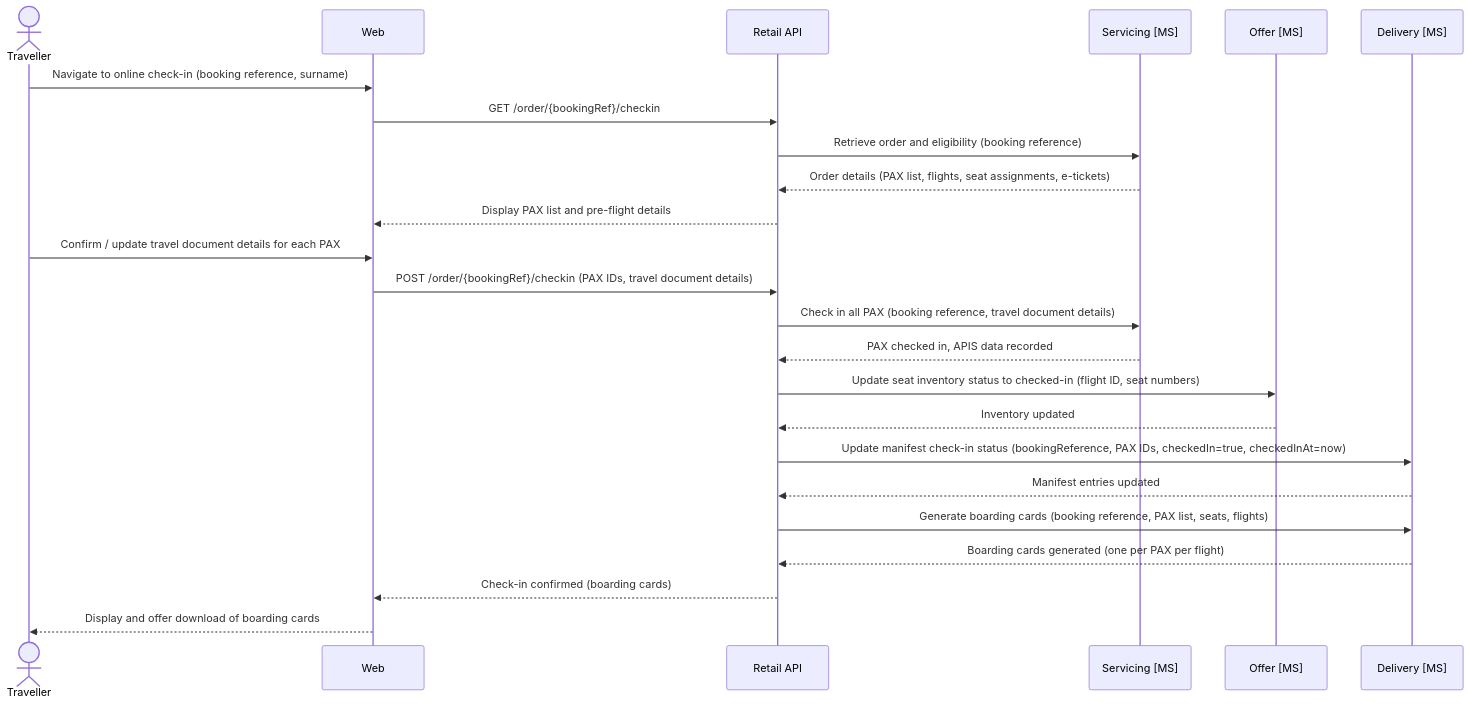
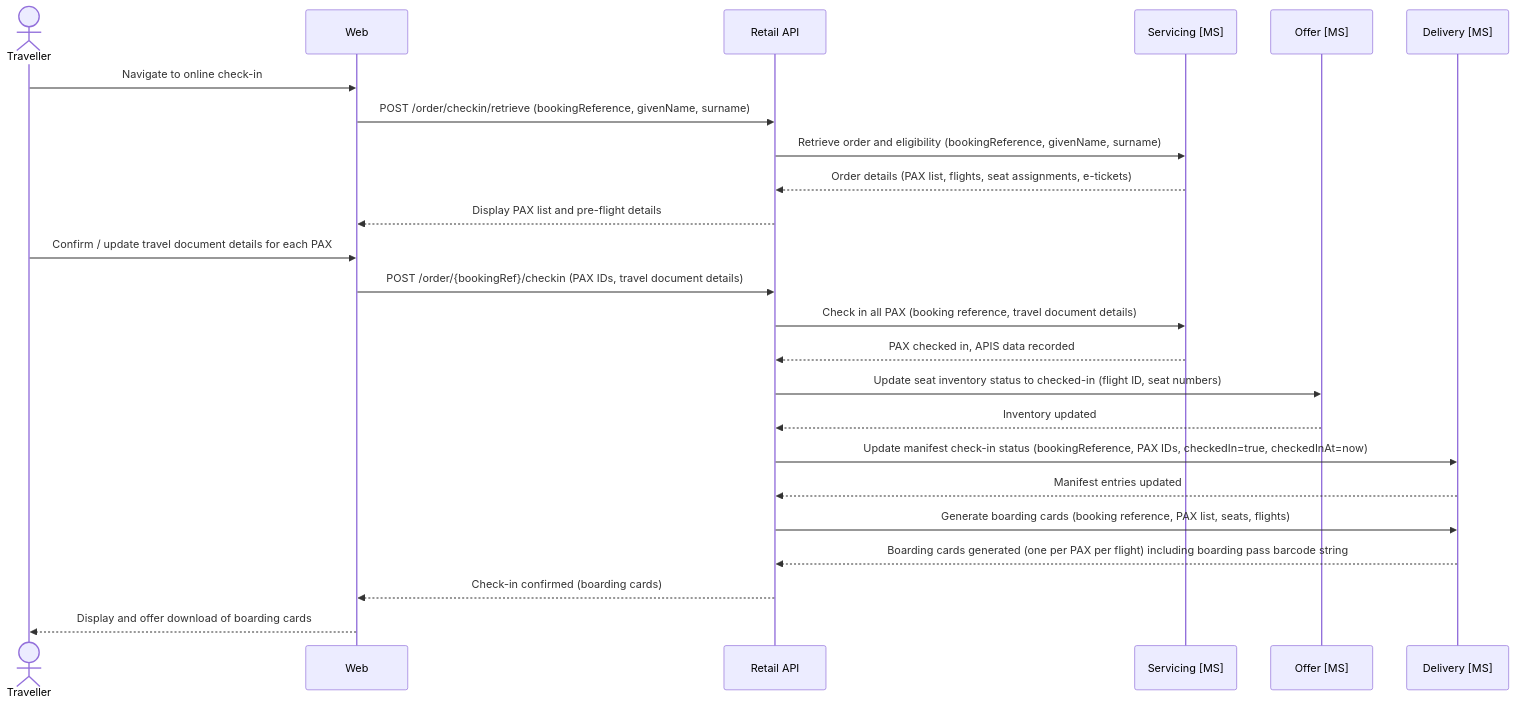
The sixth of 7 diagrams in architecture/design.md (sebharvey/airline-reservation-system), drawn with Mermaid before and after one commit. The commit also changed other lines of this file, not shown here.

````diff
--- a/architecture/design.md
+++ b/architecture/design.md
@@ -588,35 +596,35 @@
 ```mermaid
 sequenceDiagram
     actor Traveller
     participant Web
     participant RetailAPI as Retail API
     participant ServicingMS as Servicing [MS]
     participant OfferMS as Offer [MS]
     participant DeliveryMS as Delivery [MS]
 
-    Traveller->>Web: Navigate to online check-in (booking reference, surname)
+    Traveller->>Web: Navigate to online check-in
 
-    Web->>RetailAPI: GET /order/{bookingRef}/checkin
-    RetailAPI->>ServicingMS: Retrieve order and eligibility (booking reference)
+    Web->>RetailAPI: POST /order/checkin/retrieve (bookingReference, givenName, surname)
+    RetailAPI->>ServicingMS: Retrieve order and eligibility (bookingReference, givenName, surname)
     ServicingMS-->>RetailAPI: Order details (PAX list, flights, seat assignments, e-tickets)
     RetailAPI-->>Web: Display PAX list and pre-flight details
 
     Traveller->>Web: Confirm / update travel document details for each PAX
 
     Web->>RetailAPI: POST /order/{bookingRef}/checkin (PAX IDs, travel document details)
 
     RetailAPI->>ServicingMS: Check in all PAX (booking reference, travel document details)
     ServicingMS-->>RetailAPI: PAX checked in, APIS data recorded
 
     RetailAPI->>OfferMS: Update seat inventory status to checked-in (flight ID, seat numbers)
     OfferMS-->>RetailAPI: Inventory updated
 
     RetailAPI->>DeliveryMS: Update manifest check-in status (bookingReference, PAX IDs, checkedIn=true, checkedInAt=now)
     DeliveryMS-->>RetailAPI: Manifest entries updated
 
     RetailAPI->>DeliveryMS: Generate boarding cards (booking reference, PAX list, seats, flights)
-    DeliveryMS-->>RetailAPI: Boarding cards generated (one per PAX per flight)
+    DeliveryMS-->>RetailAPI: Boarding cards generated (one per PAX per flight) including boarding pass barcode string
 
     RetailAPI-->>Web: Check-in confirmed (boarding cards)
     Web-->>Traveller: Display and offer download of boarding cards
 ```
````
